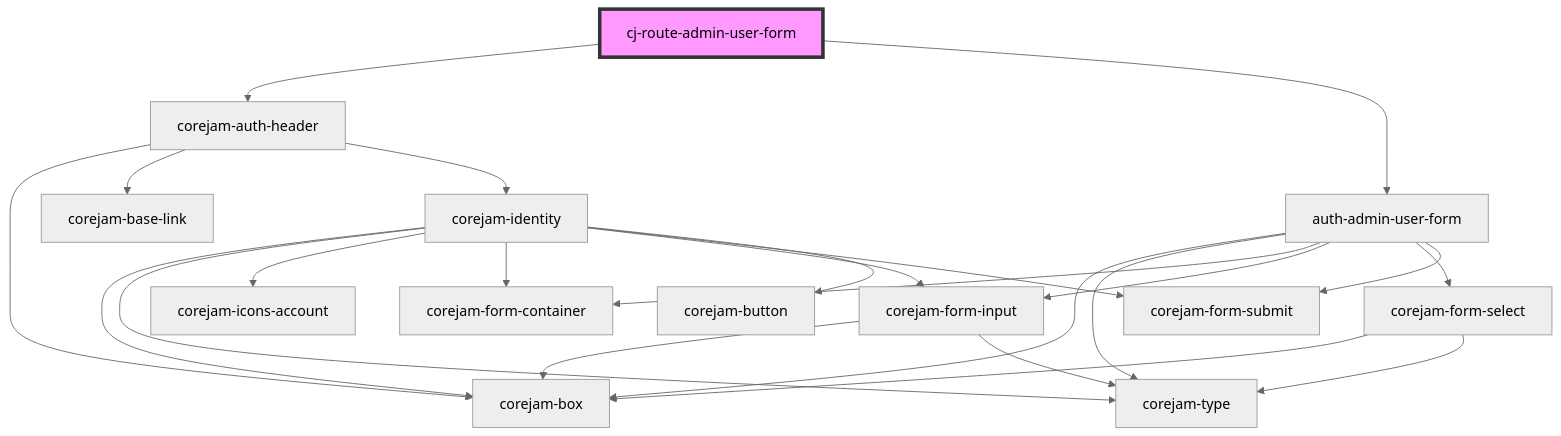
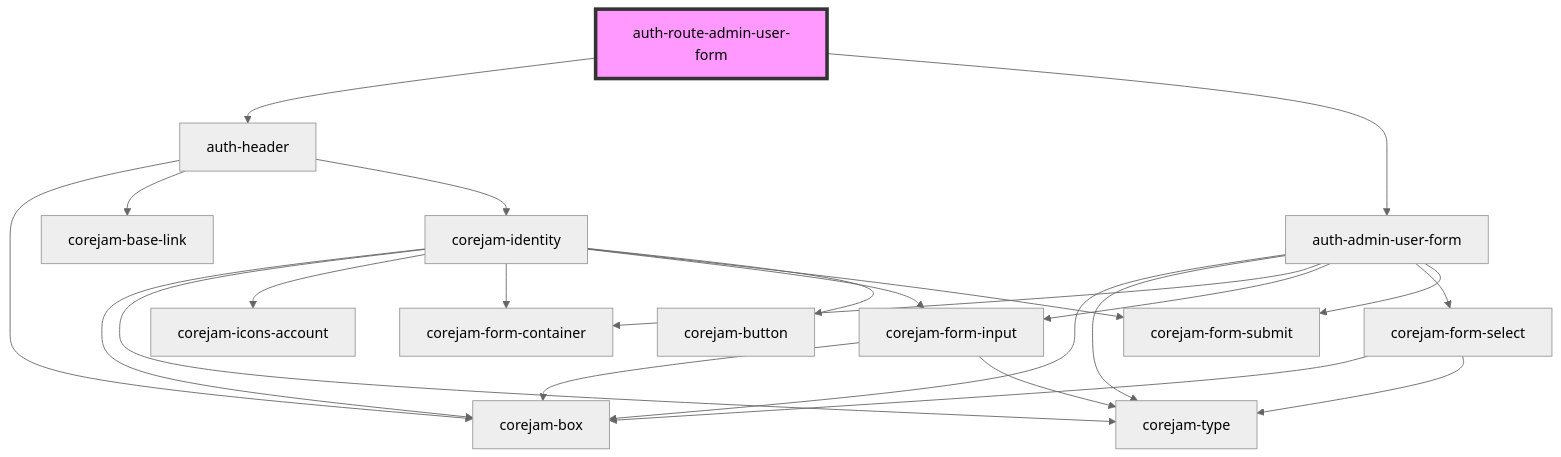
One commit to corejam/corejam changed the diagram in packages/auth/app/routes/admin/users/edit/readme.md. Above: the diagram before and after it, drawn with Mermaid (neutral theme). The commit also changed other lines of this file and 35 other files, not shown here.

````diff
--- a/packages/auth/app/routes/admin/users/edit/readme.md
+++ b/packages/auth/app/routes/admin/users/edit/readme.md
@@ -23,26 +23,26 @@
 ```mermaid
 graph TD;
-  cj-route-admin-user-form --> corejam-auth-header
-  cj-route-admin-user-form --> auth-admin-user-form
-  corejam-auth-header --> corejam-box
-  corejam-auth-header --> corejam-base-link
-  corejam-auth-header --> corejam-identity
+  auth-route-admin-user-form --> auth-header
+  auth-route-admin-user-form --> auth-admin-user-form
+  auth-header --> corejam-box
+  auth-header --> corejam-base-link
+  auth-header --> corejam-identity
   corejam-identity --> corejam-box
   corejam-identity --> corejam-type
   corejam-identity --> corejam-icons-account
   corejam-identity --> corejam-form-container
   corejam-identity --> corejam-form-input
   corejam-identity --> corejam-form-submit
   corejam-identity --> corejam-button
   corejam-form-input --> corejam-box
   corejam-form-input --> corejam-type
   auth-admin-user-form --> corejam-box
   auth-admin-user-form --> corejam-type
   auth-admin-user-form --> corejam-form-container
   auth-admin-user-form --> corejam-form-input
   auth-admin-user-form --> corejam-form-select
   auth-admin-user-form --> corejam-form-submit
   corejam-form-select --> corejam-box
   corejam-form-select --> corejam-type
-  style cj-route-admin-user-form fill:#f9f,stroke:#333,stroke-width:4px
+  style auth-route-admin-user-form fill:#f9f,stroke:#333,stroke-width:4px
 ```
````
